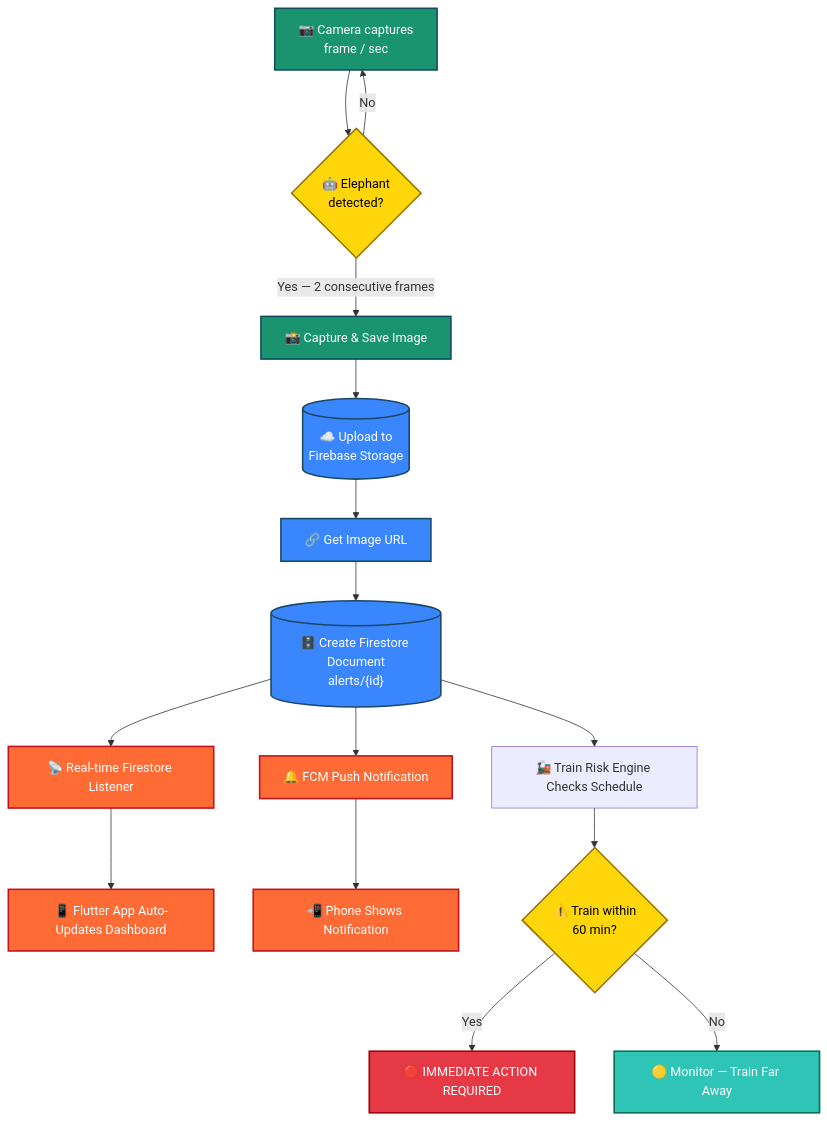
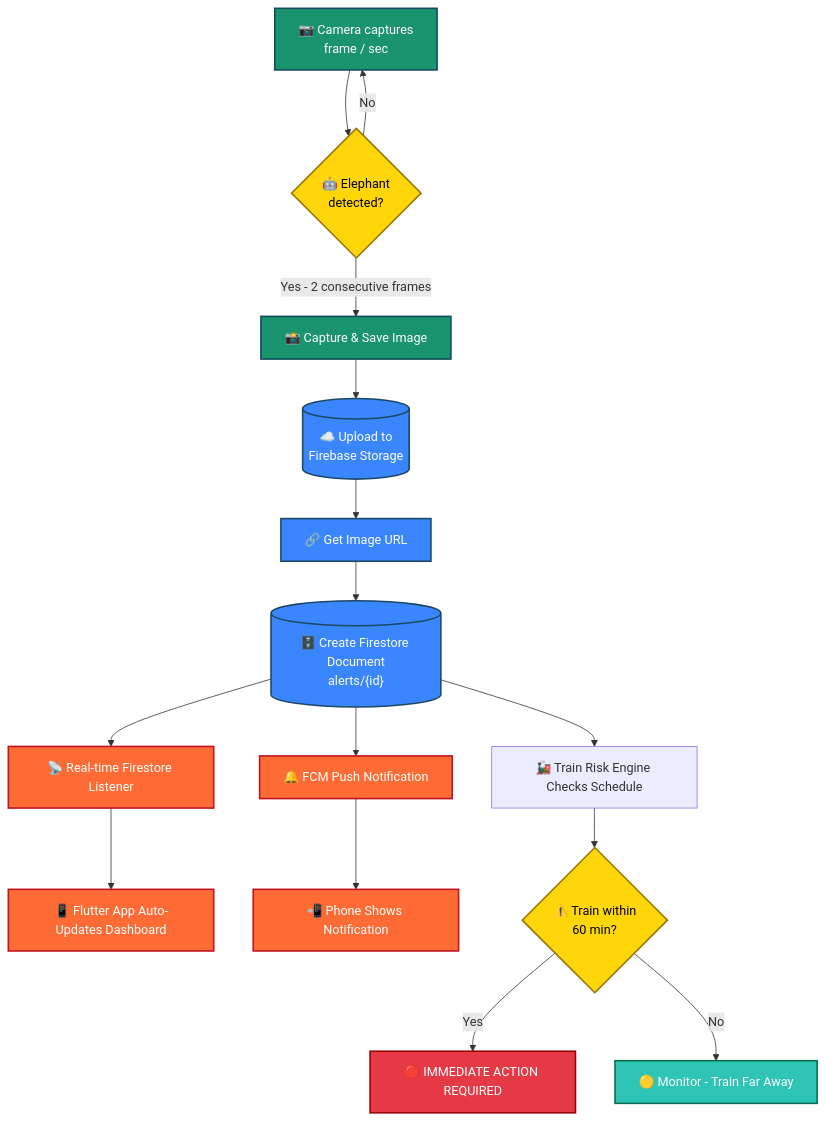
The second of 5 diagrams in README.md (PabasaraIlankoon/elevision-app), drawn with Mermaid before and after one commit. The commit also changed other lines of this file, not shown here.

````diff
--- a/README.md
+++ b/README.md
@@ -171,31 +171,31 @@
 ```mermaid
 flowchart TD
     A["📷 Camera captures<br/>frame / sec"] --> B{"🤖 Elephant<br/>detected?"}
     B -- "No" --> A
-    B -- "Yes — 2 consecutive frames" --> C["📸 Capture & Save Image"]
+    B -- "Yes - 2 consecutive frames" --> C["📸 Capture & Save Image"]
     C --> D[("☁️ Upload to<br/>Firebase Storage")]
     D --> E["🔗 Get Image URL"]
     E --> F[("🗄️ Create Firestore Document<br/>alerts/{id}")]
     F --> G["📡 Real-time Firestore Listener"]
     F --> H["🔔 FCM Push Notification"]
     G --> I["📱 Flutter App Auto-Updates Dashboard"]
     H --> J["📲 Phone Shows Notification"]
     F --> K["🚂 Train Risk Engine Checks Schedule"]
     K --> L{"⚠️ Train within<br/>60 min?"}
     L -- "Yes" --> M["🔴 IMMEDIATE ACTION REQUIRED"]
-    L -- "No" --> N["🟡 Monitor — Train Far Away"]
+    L -- "No" --> N["🟡 Monitor - Train Far Away"]
 
     classDef capture fill:#1a936f,stroke:#114b5f,color:#fff,stroke-width:2px
     classDef cloud fill:#3a86ff,stroke:#1b4965,color:#fff,stroke-width:2px
     classDef decision fill:#ffd60a,stroke:#997404,color:#000,stroke-width:2px
     classDef app fill:#ff6b35,stroke:#c1121f,color:#fff,stroke-width:2px
     classDef danger fill:#e63946,stroke:#9d0208,color:#fff,stroke-width:2px
     classDef safe fill:#2ec4b6,stroke:#0b6e4f,color:#fff,stroke-width:2px
 
     class A,C capture
     class D,E,F cloud
     class B,L decision
     class G,I,H,J app
     class M danger
     class N safe
 ```
````
